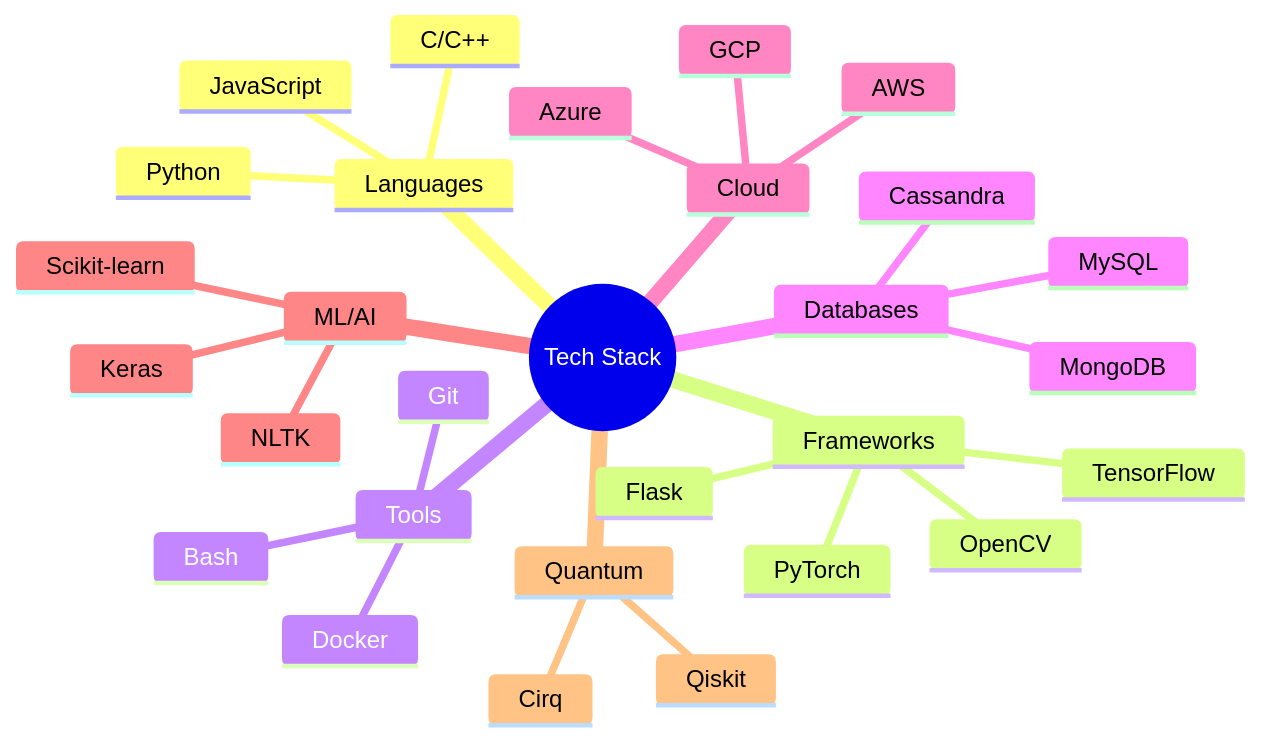
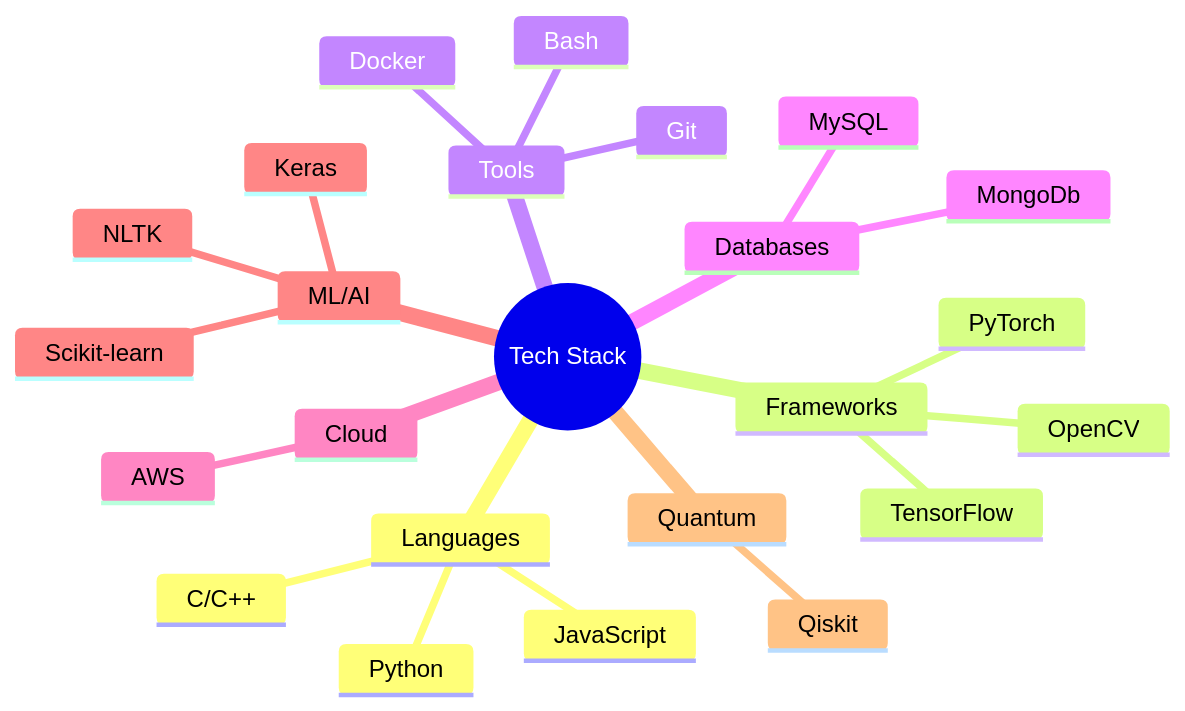
Before and after one commit to ka-us-tubh/ka-us-tubh: the diagram in README.md, drawn with Mermaid. The commit also changed other lines of this file, not shown here.

````diff
--- a/README.md
+++ b/README.md
@@ -94,32 +66,28 @@
 ```mermaid
 mindmap
   root((Tech Stack))
     Languages
       Python
       C/C++
       JavaScript
     Frameworks
       TensorFlow
       PyTorch
       OpenCV
-      Flask
     Tools
       Git
       Docker
       Bash
     Databases
       MySQL
-      MongoDB
-      Cassandra
+      MongoDb
     Cloud
       AWS
-      GCP
-      Azure
     ML/AI
       Scikit-learn
       Keras
       NLTK
     Quantum
       Qiskit
-      Cirq
+      
 ```
````
